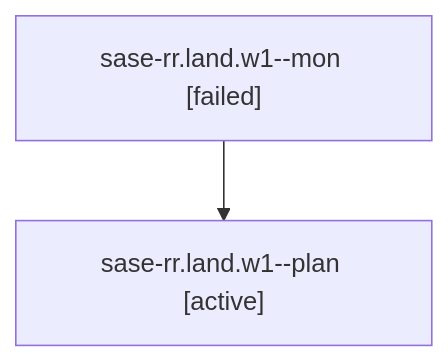
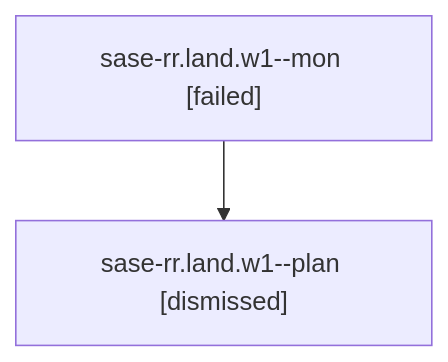
One commit to sase-org/sase--agents changed the diagram in sessions/bbugyi200.athena.sase-rr.land.w1.md. Above: the diagram before and after it, drawn with Mermaid. The commit also changed other lines of this file and 172 other files, not shown here.

````diff
--- a/sessions/bbugyi200.athena.sase-rr.land.w1.md
+++ b/sessions/bbugyi200.athena.sase-rr.land.w1.md
@@ -9,6 +9,6 @@
 ```mermaid
 flowchart TD
   n0["sase-rr.land.w1--mon [failed]"]
-  n1["sase-rr.land.w1--plan [active]"]
+  n1["sase-rr.land.w1--plan [dismissed]"]
   n0 --> n1
 ```
````
